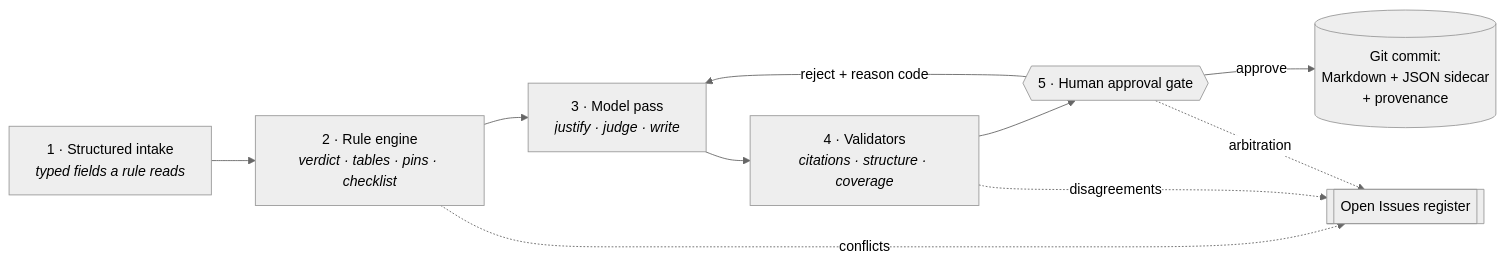
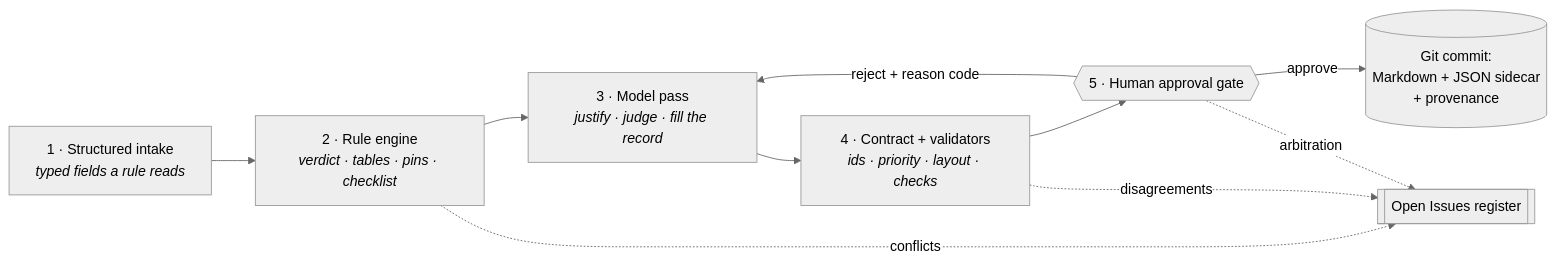
Before and after one commit to DiogoCampanha/raia: the second of 9 diagrams in docs/architecture.md, drawn with Mermaid (neutral theme). The commit also changed other lines of this file and 55 other files, not shown here.

````diff
--- a/docs/architecture.md
+++ b/docs/architecture.md
@@ -88,13 +88,13 @@
 ```mermaid
 flowchart LR
     A["1 · Structured intake<br/><i>typed fields a rule reads</i>"] --> B
     B["2 · Rule engine<br/><i>verdict · tables · pins · checklist</i>"] --> C
-    C["3 · Model pass<br/><i>justify · judge · write</i>"] --> D
-    D["4 · Validators<br/><i>citations · structure · coverage</i>"] --> E
+    C["3 · Model pass<br/><i>justify · judge · fill the record</i>"] --> D
+    D["4 · Contract + validators<br/><i>ids · priority · layout · checks</i>"] --> E
     E{{"5 · Human approval gate"}}
     E -- approve --> F[("Git commit:<br/>Markdown + JSON sidecar<br/>+ provenance")]
     E -- reject + reason code --> C
     B -. "conflicts" .-> G[["Open Issues register"]]
     D -. "disagreements" .-> G
     E -. "arbitration" .-> G
 ```
````
